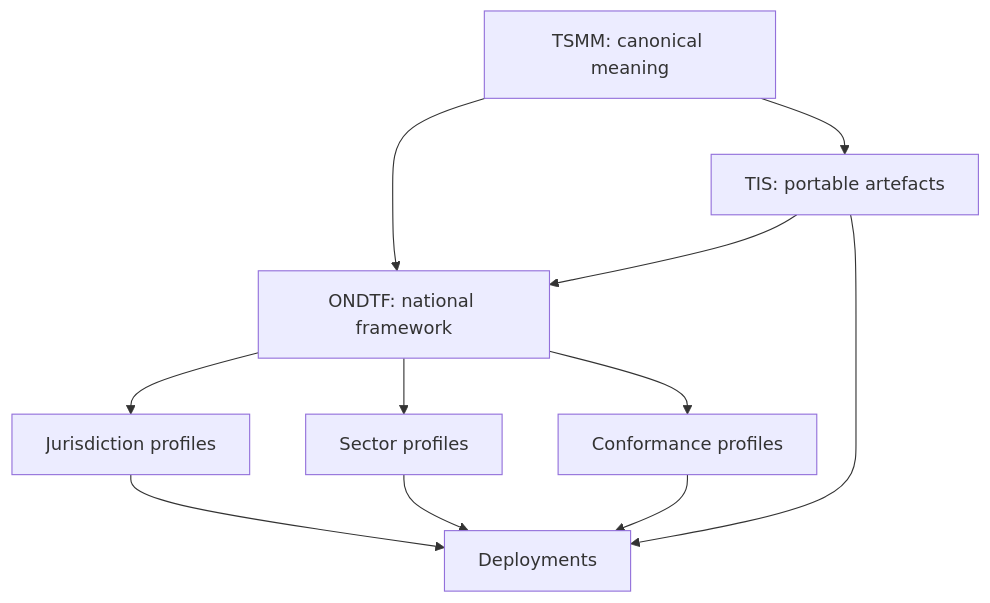
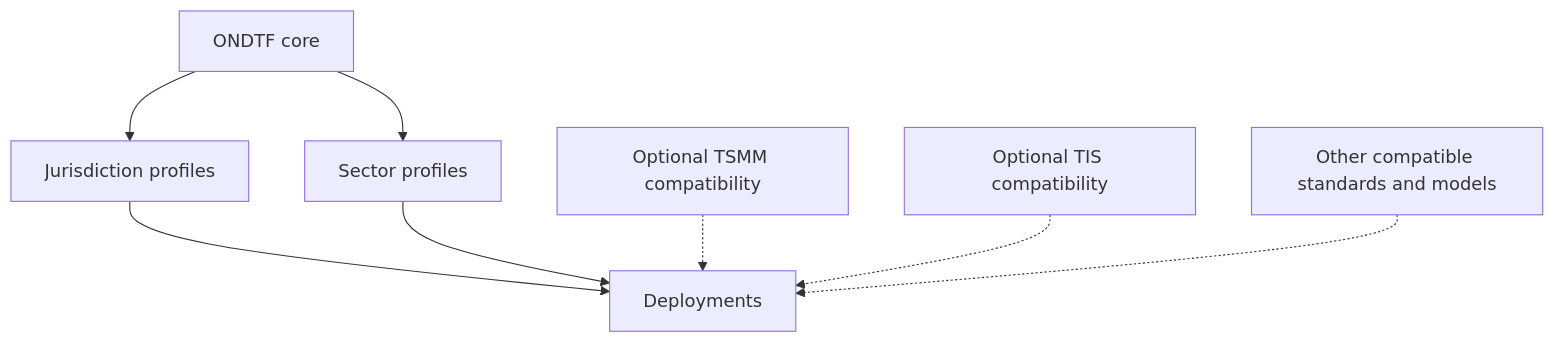
Before and after one commit to sankarshanmukhopadhyay/open-national-digital-trust-framework: the diagram in docs/foundations/portfolio-alignment.md, drawn with Mermaid. The commit also changed other lines of this file and 29 other files, not shown here.

First line of the commit message:
refactor: make ONDTF core independent of optional technical foundations

````diff
--- a/docs/foundations/portfolio-alignment.md
+++ b/docs/foundations/portfolio-alignment.md
@@ -17,13 +17,17 @@
 ```mermaid
 flowchart TB
-  TSMM["TSMM: canonical meaning"] --> TIS["TIS: portable artefacts"]
-  TSMM --> ONDTF["ONDTF: national framework"]
-  TIS --> ONDTF
-  ONDTF --> JP["Jurisdiction profiles"]
-  ONDTF --> SP["Sector profiles"]
-  ONDTF --> CP["Conformance profiles"]
-  JP --> DEP["Deployments"]
+  ONDTF[ONDTF core]
+  JP[Jurisdiction profiles]
+  SP[Sector profiles]
+  DEP[Deployments]
+  TSMM[Optional TSMM compatibility]
+  TIS[Optional TIS compatibility]
+  OTHER[Other compatible standards and models]
+  ONDTF --> JP
+  ONDTF --> SP
+  JP --> DEP
   SP --> DEP
-  CP --> DEP
-  TIS --> DEP
+  TSMM -.-> DEP
+  TIS -.-> DEP
+  OTHER -.-> DEP
 ```
````
